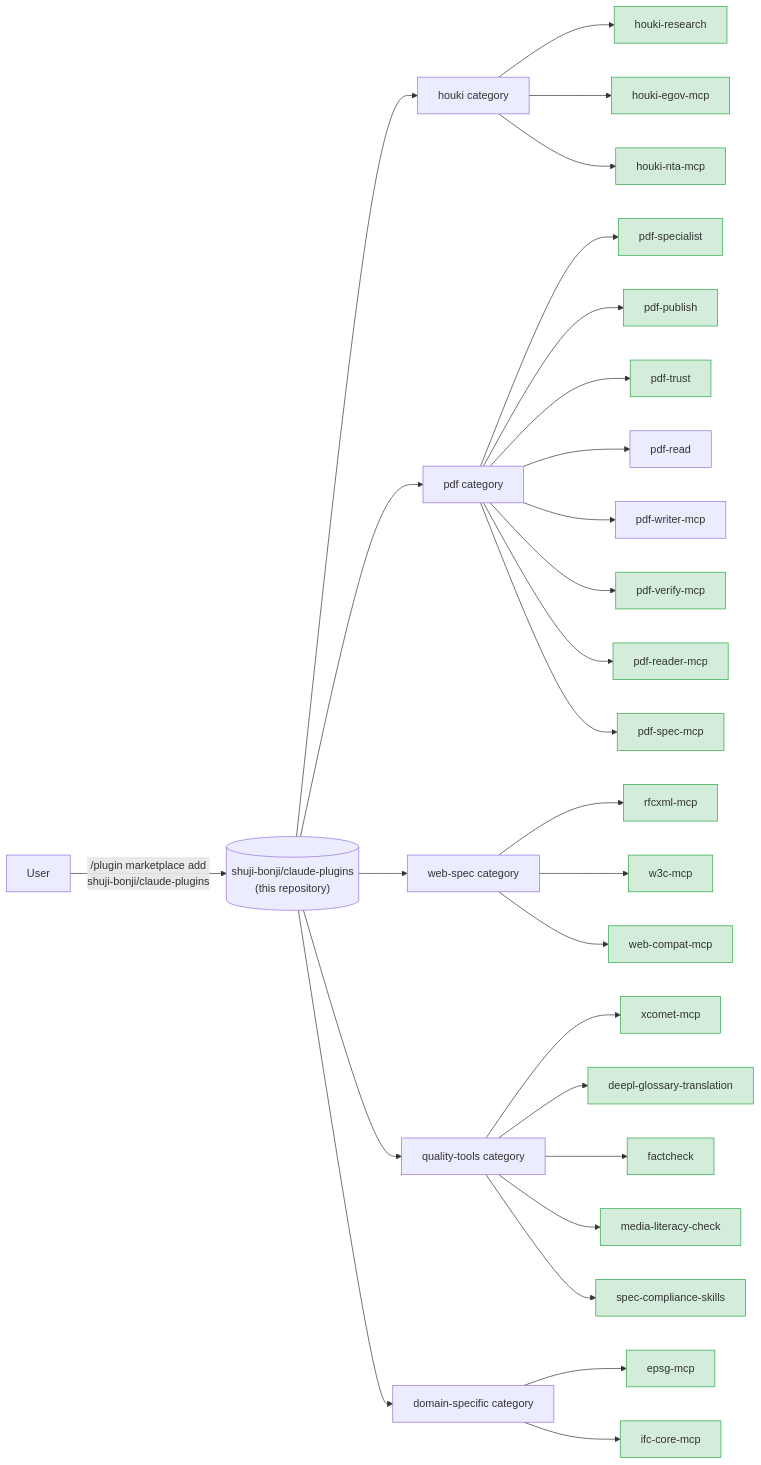
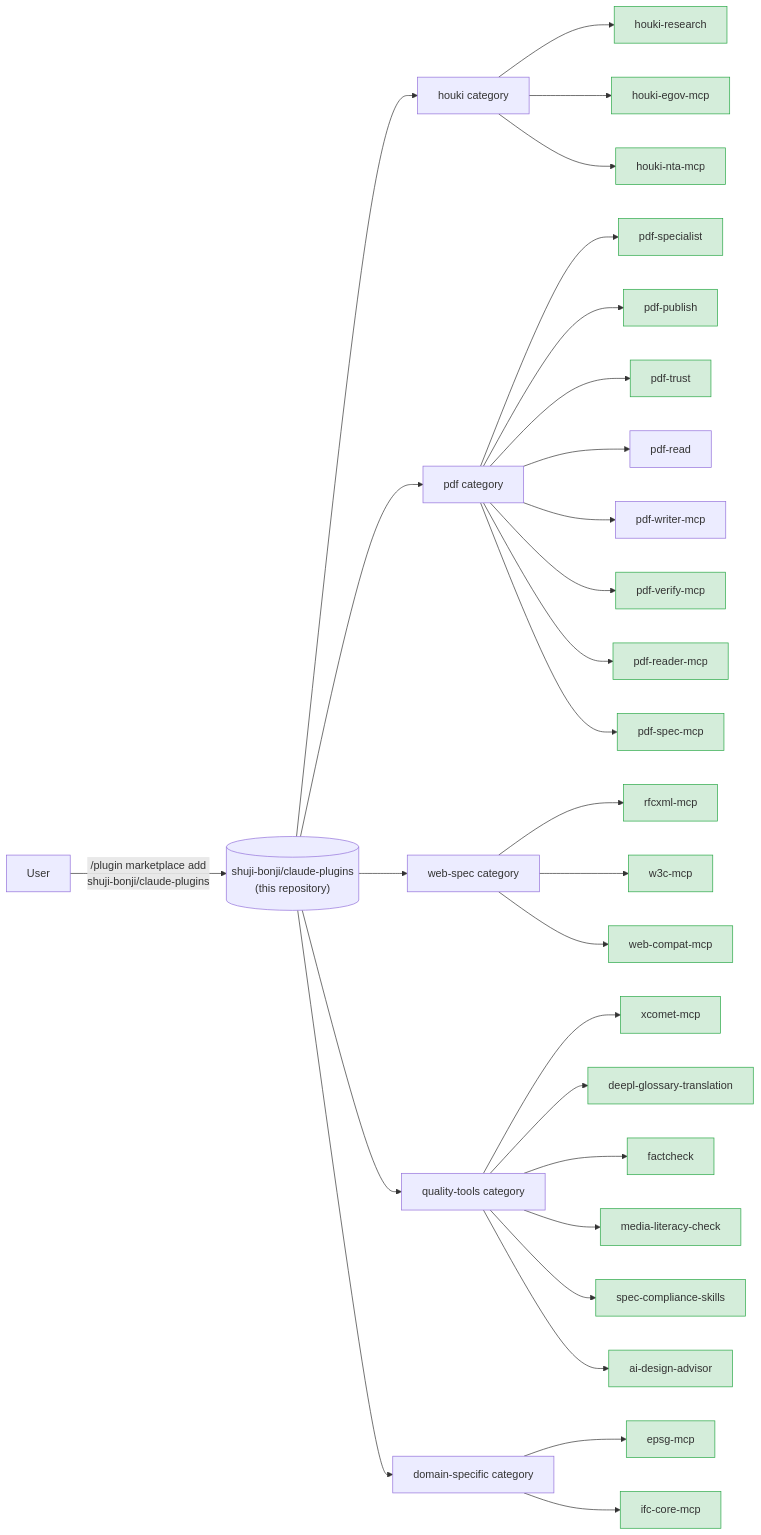
Before and after one commit to shuji-bonji/claude-plugins: the diagram in README.md, drawn with Mermaid. The commit also changed other lines of this file and 2 other files, not shown here.

Commit message:
fix: ai-design-advisor スキルの追加

````diff
--- a/README.md
+++ b/README.md
@@ -13,39 +13,40 @@
 ```mermaid
 graph LR
   user["User"] -->|"/plugin marketplace add<br/>shuji-bonji/claude-plugins"| mp[("shuji-bonji/claude-plugins<br/>(this repository)")]
 
   mp --> houki[houki category]
   mp --> pdf[pdf category]
   mp --> webspec[web-spec category]
   mp --> quality[quality-tools category]
   mp --> domain[domain-specific category]
 
   houki --> hr["houki-research"]
   houki --> hegov["houki-egov-mcp"]
   houki --> hnta["houki-nta-mcp"]
 
   pdf --> pspecial["pdf-specialist"]
   pdf --> ppub["pdf-publish"]
   pdf --> ptrust["pdf-trust"]
   pdf --> pread["pdf-read"]
   pdf --> pwriter["pdf-writer-mcp"]
   pdf --> pverify["pdf-verify-mcp"]
   pdf --> hpdf["pdf-reader-mcp"]
   pdf --> pspec["pdf-spec-mcp"]
 
   webspec --> rfcxml["rfcxml-mcp"]
   webspec --> w3c["w3c-mcp"]
   webspec --> webcompat["web-compat-mcp"]
 
   quality --> xcomet["xcomet-mcp"]
   quality --> deepl["deepl-glossary-translation"]
   quality --> fact["factcheck"]
   quality --> media["media-literacy-check"]
   quality --> speccomp["spec-compliance-skills"]
+  quality --> aidesign["ai-design-advisor"]
 
   domain --> epsg["epsg-mcp"]
   domain --> ifc["ifc-core-mcp"]
 
   classDef live fill:#d4edda,stroke:#28a745
-  class hr,hegov,hnta,pspecial,ppub,ptrust,pverify,hpdf,pspec,rfcxml,w3c,webcompat,xcomet,deepl,fact,media,speccomp,epsg,ifc live
+  class hr,hegov,hnta,pspecial,ppub,ptrust,pverify,hpdf,pspec,rfcxml,w3c,webcompat,xcomet,deepl,fact,media,speccomp,aidesign,epsg,ifc live
 ```
````
